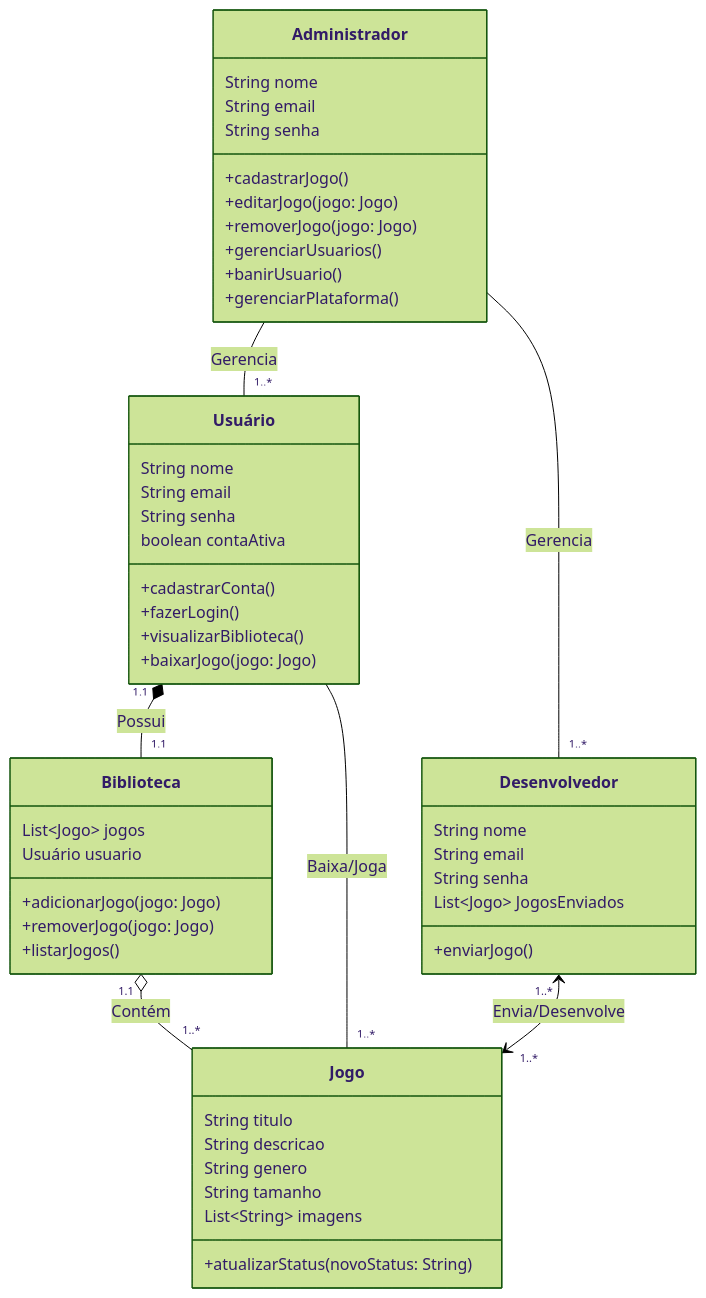
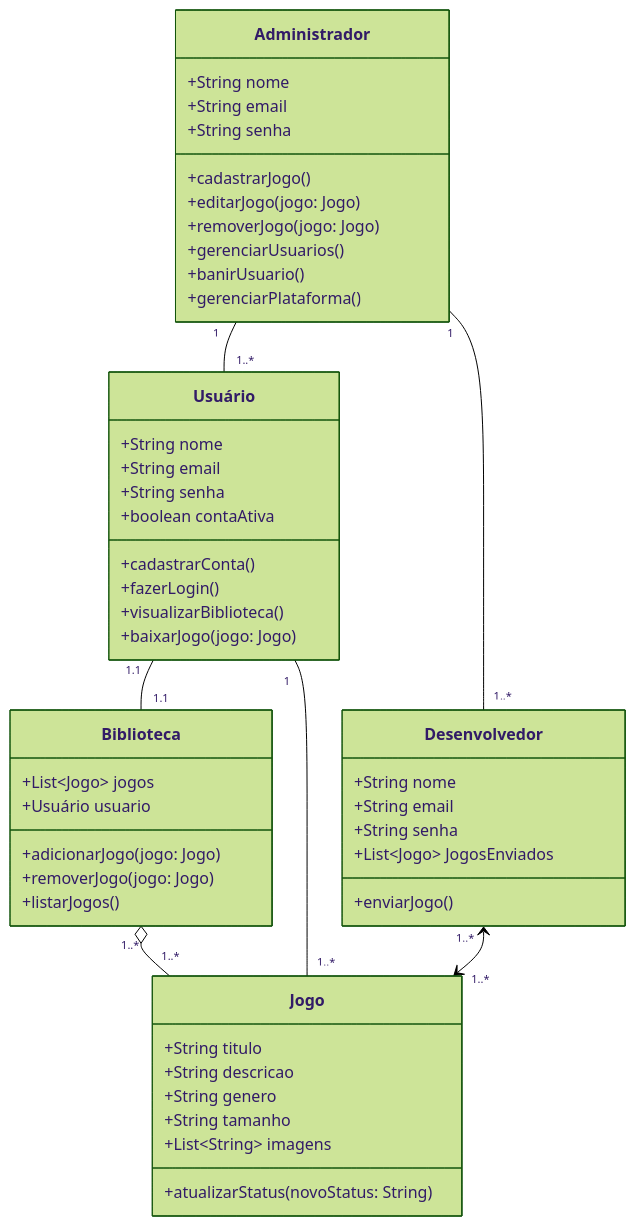
The second of 3 diagrams in README.md (GuilhermeXavier08/mythic), drawn with Mermaid (forest theme) before and after one commit. The commit also changed other lines of this file, not shown here.

````diff
--- a/README.md
+++ b/README.md
@@ -67,58 +64,59 @@
 ```mermaid
 classDiagram
+
     class Jogo {
-        String titulo
-        String descricao
-        String genero
-        String tamanho
-        List~String~ imagens
+        +String titulo
+        +String descricao
+        +String genero
+        +String tamanho
+        +List~String~ imagens
         +atualizarStatus(novoStatus: String)
     }
 
     class Desenvolvedor {
-        String nome
-        String email
-        String senha
-        List~Jogo~ JogosEnviados
+        +String nome
+        +String email
+        +String senha
+        +List~Jogo~ JogosEnviados
         +enviarJogo()
     }
 
     class Usuário {
-        String nome
-        String email
-        String senha
-        boolean contaAtiva
+        +String nome
+        +String email
+        +String senha
+        +boolean contaAtiva
         +cadastrarConta()
         +fazerLogin()
         +visualizarBiblioteca()
         +baixarJogo(jogo: Jogo)
     }
 
     class Biblioteca {
-        List~Jogo~ jogos
-        Usuário usuario
+        +List~Jogo~ jogos
+        +Usuário usuario
         +adicionarJogo(jogo: Jogo)
         +removerJogo(jogo: Jogo)
         +listarJogos()
     }
 
     class Administrador {
-        String nome
-        String email
-        String senha
+        +String nome
+        +String email
+        +String senha
         +cadastrarJogo()
         +editarJogo(jogo: Jogo)
         +removerJogo(jogo: Jogo)
         +gerenciarUsuarios()
         +banirUsuario()
         +gerenciarPlataforma()
     }
 
-    %% Relacionamentos
-    Usuário "1.1" *-- "1.1" Biblioteca : Possui
-    Biblioteca "1.1" o-- "1..*" Jogo : Contém
-    Usuário -- "1..*" Jogo : Baixa/Joga
-    Desenvolvedor "1..*" <--> "1..*" Jogo : Envia/Desenvolve
-    Administrador -- "1..*" Desenvolvedor : Gerencia
-    Administrador -- "1..*" Usuário : Gerencia
+    %% Relacionamentos da foto
+    Usuário "1.1" -- "1.1" Biblioteca
+    Biblioteca "1..*" o-- "1..*" Jogo
+    Usuário "1" -- "1..*" Jogo
+    Desenvolvedor "1..*" <--> "1..*" Jogo
+    Administrador "1" -- "1..*" Desenvolvedor
+    Administrador "1" -- "1..*" Usuário
 ```
````
